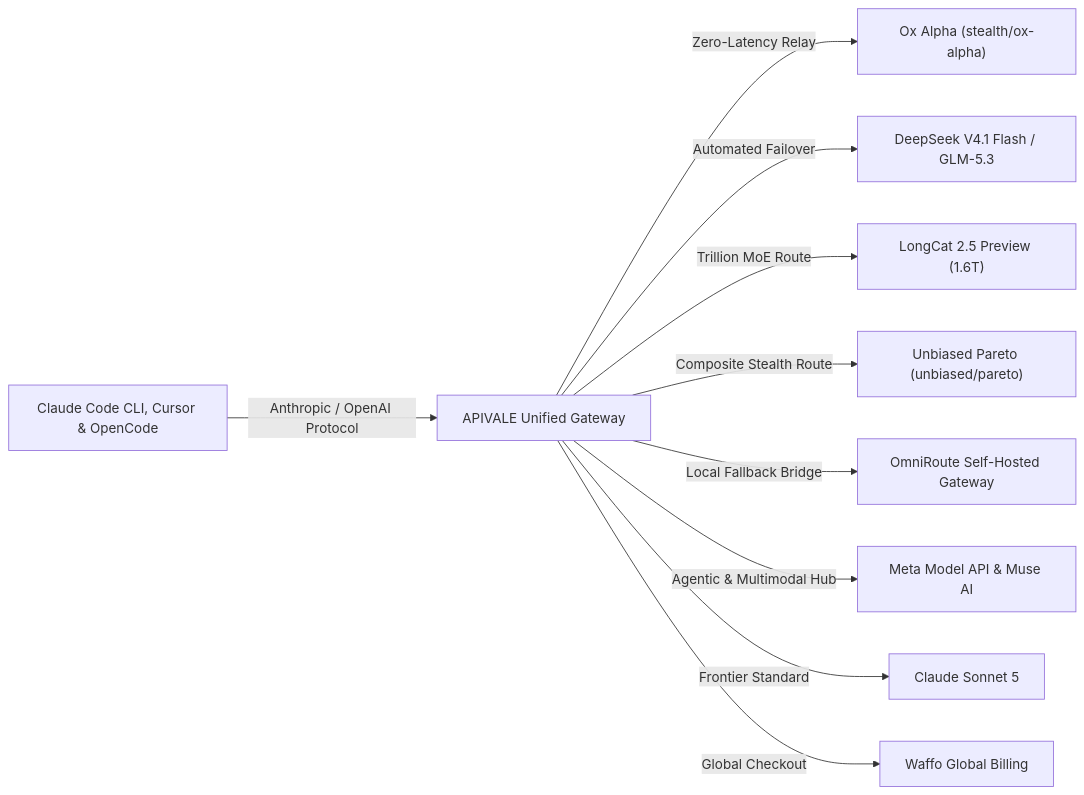
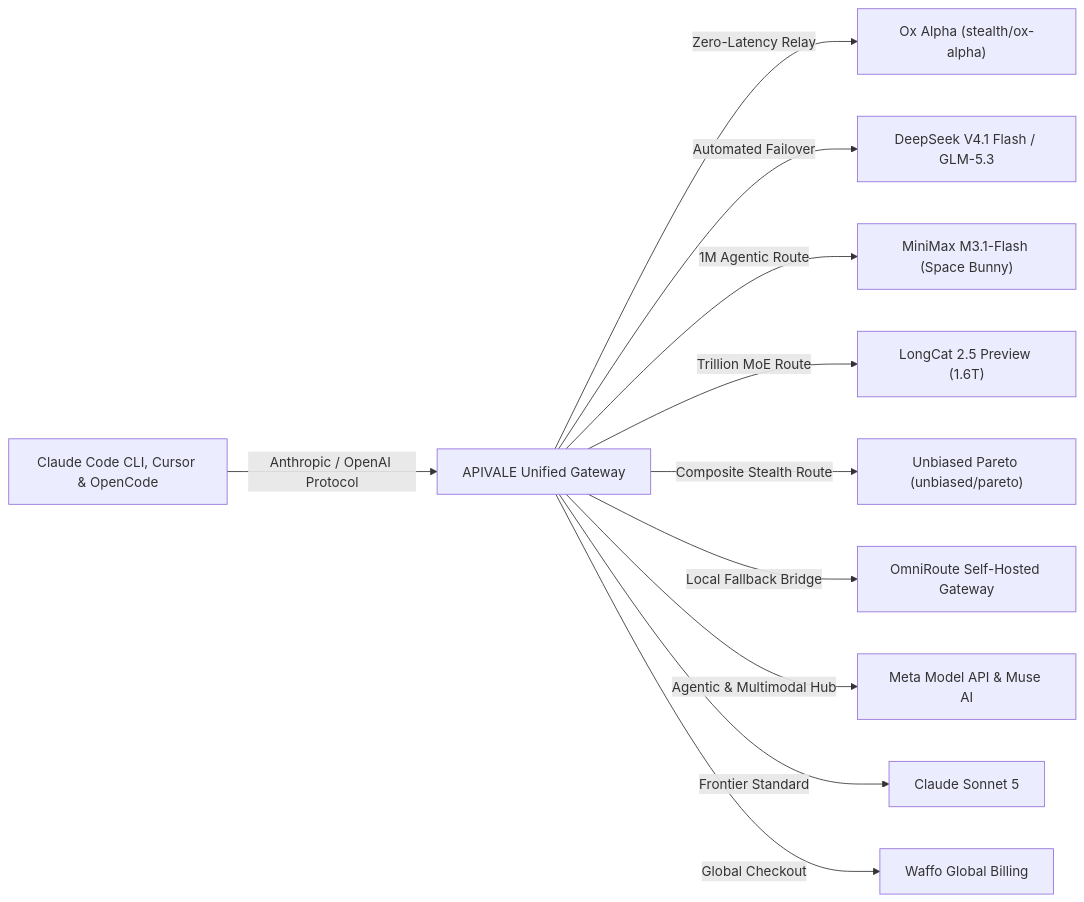
Before and after one commit to bshx2024/apivel_blog: the diagram in src/content/blog/ox-alpha-claude-code-cursor-setup.md, drawn with Mermaid. The commit also changed other lines of this file and 5 other files, not shown here.

Commit message:
feat(seo): publish MiniMax M3.1-Flash API guide and bidirectional link mesh

````diff
--- a/src/content/blog/ox-alpha-claude-code-cursor-setup.md
+++ b/src/content/blog/ox-alpha-claude-code-cursor-setup.md
@@ -29,12 +29,13 @@
 ```mermaid
 graph LR
     A["Claude Code CLI, Cursor & OpenCode"] -->|Anthropic / OpenAI Protocol| B["APIVALE Unified Gateway"]
     B -->|Zero-Latency Relay| C["Ox Alpha (stealth/ox-alpha)"]
     B -->|Automated Failover| D["DeepSeek V4.1 Flash / GLM-5.3"]
+    B -->|1M Agentic Route| K["MiniMax M3.1-Flash (Space Bunny)"]
     B -->|Trillion MoE Route| J["LongCat 2.5 Preview (1.6T)"]
     B -->|Composite Stealth Route| G["Unbiased Pareto (unbiased/pareto)"]
     B -->|Local Fallback Bridge| H["OmniRoute Self-Hosted Gateway"]
     B -->|Agentic & Multimodal Hub| I["Meta Model API & Muse AI"]
     B -->|Frontier Standard| E["Claude Sonnet 5"]
     B -->|Global Checkout| F["Waffo Global Billing"]
 ```
````
